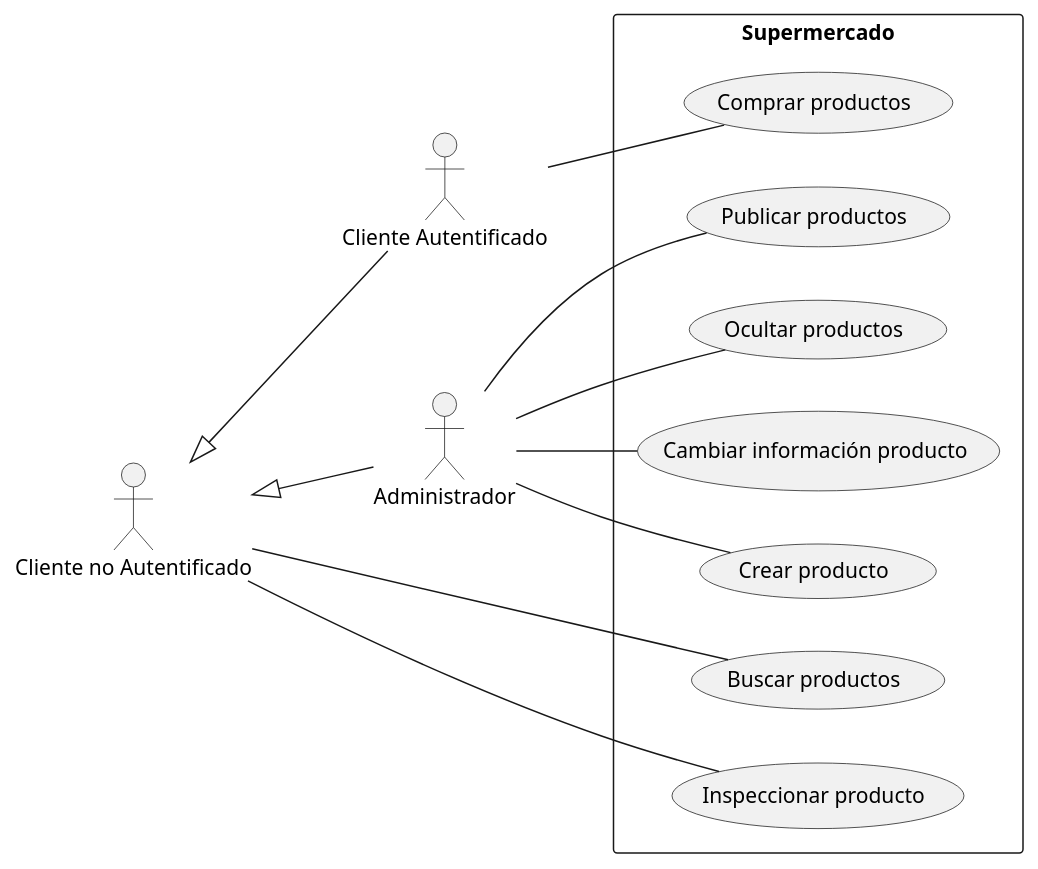
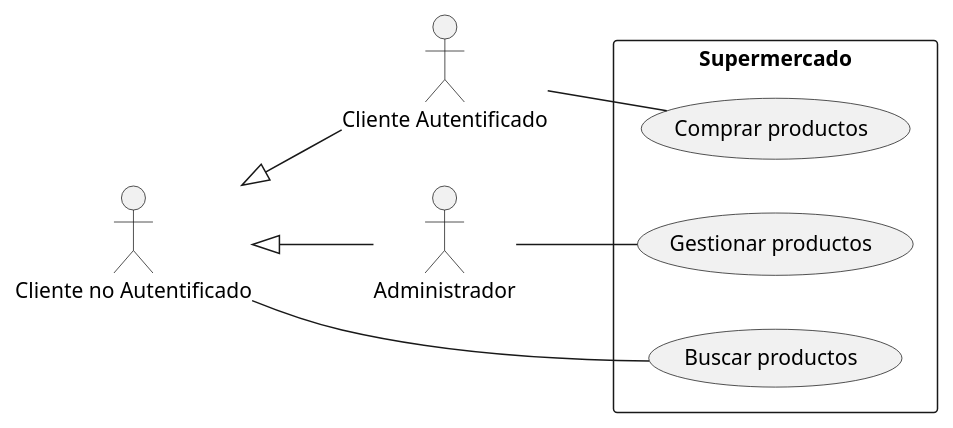
The diagram in docs/analisis/Caso.md (mramiroz/Proyecto-Julian), drawn with PlantUML before and after one commit.

Commit message:
Simplificando casos de uso

```diff
--- a/docs/analisis/Caso.md
+++ b/docs/analisis/Caso.md
@@ -1,27 +1,19 @@
 @startuml
 left to right direction
 :Cliente no Autentificado: as CLNA
 :Cliente Autentificado: as CLA
 :Administrador: as AD
 
 rectangle Supermercado {
     usecase "Buscar productos" as UC1
-    usecase "Inspeccionar producto" as UC2
-    usecase "Comprar productos" as UC3
-    usecase "Crear producto" as UC4
-    usecase "Publicar productos" as UC5
-    usecase "Ocultar productos" as UC6
-    usecase "Cambiar información producto" as UC7
+    usecase "Comprar productos" as UC2
+    usecase "Gestionar productos" as UC3
 }
 
 CLNA <|-- CLA
 CLNA <|-- AD
 CLNA -- UC1
-CLNA -- UC2
-CLA -- UC3
-AD -- UC4
-AD -- UC5
-AD -- UC6
-AD -- UC7
+CLA -- UC2
+AD -- UC3
 
 @enduml
```
